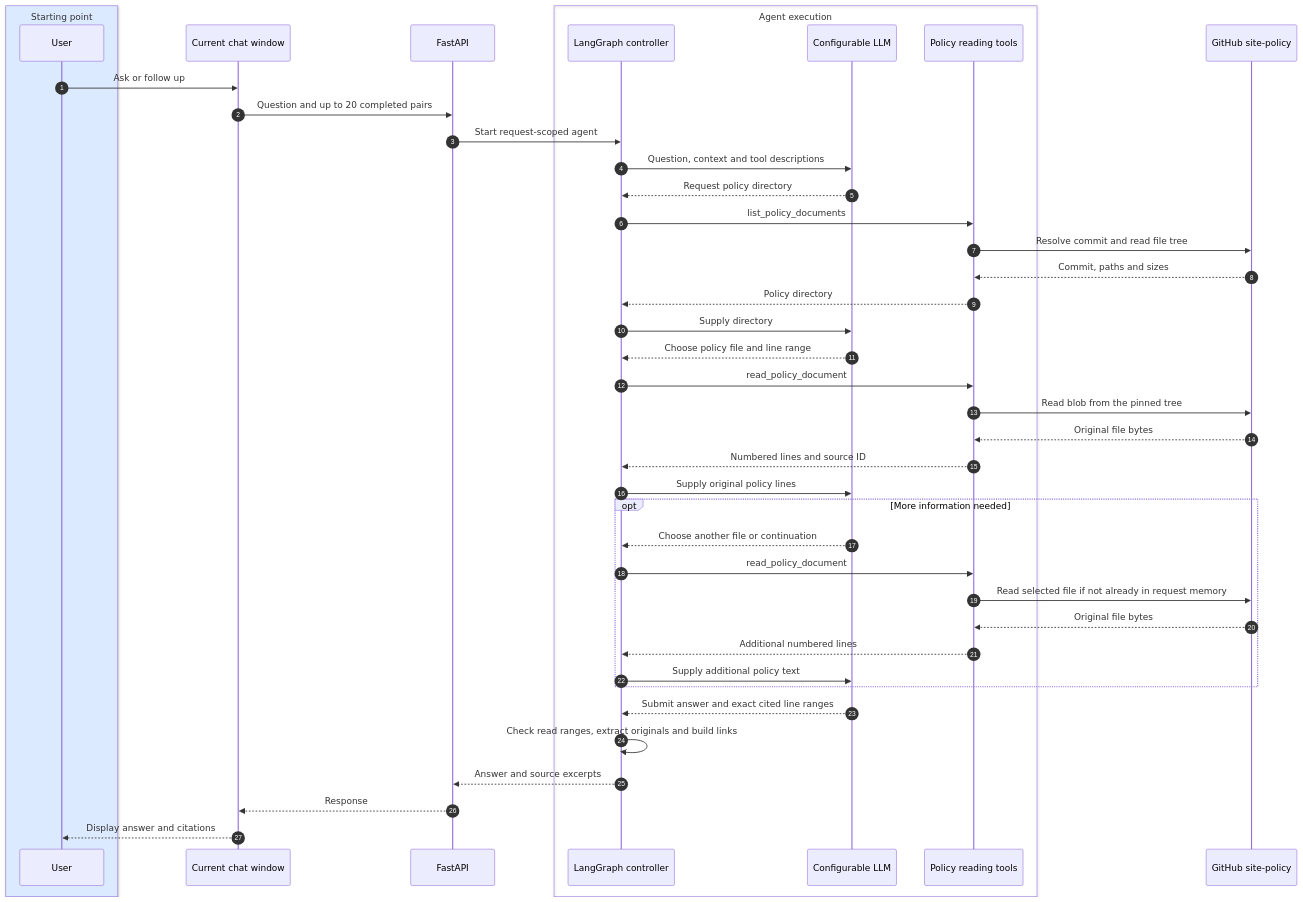
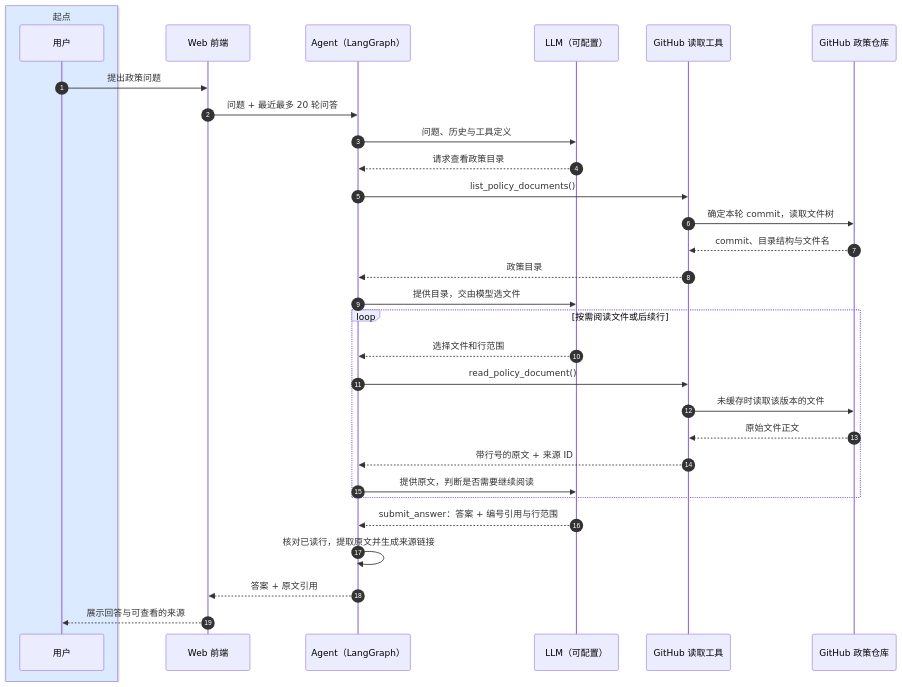
The diagram in docs/ARCHITECTURE.md (adamboots3/gradual-policy-agent), drawn with Mermaid before and after one commit. The commit also changed other lines of this file and 5 other files, not shown here.

Commit message:
Redraw online policy-reading sequence and prepare GitHub handoff

````diff
--- a/docs/ARCHITECTURE.md
+++ b/docs/ARCHITECTURE.md
@@ -9,44 +9,37 @@
 ```mermaid
 sequenceDiagram
     autonumber
-    box rgb(219,234,254) Starting point
-        participant U as User
+    box rgb(219,234,254) 起点
+        participant U as 用户
     end
-    participant W as Current chat window
-    participant B as FastAPI
-    box Agent execution
-        participant A as LangGraph controller
-        participant L as Configurable LLM
-        participant T as Policy reading tools
+    participant W as Web 前端
+    participant A as Agent（LangGraph）
+    participant L as LLM（可配置）
+    participant T as GitHub 读取工具
+    participant G as GitHub 政策仓库
+
+    U->>W: 提出政策问题
+    W->>A: 问题 + 最近最多 20 轮问答
+    A->>L: 问题、历史与工具定义
+
+    L-->>A: 请求查看政策目录
+    A->>T: list_policy_documents()
+    T->>G: 确定本轮 commit，读取文件树
+    G-->>T: commit、目录结构与文件名
+    T-->>A: 政策目录
+    A->>L: 提供目录，交由模型选文件
+
+    loop 按需阅读文件或后续行
+        L-->>A: 选择文件和行范围
+        A->>T: read_policy_document()
+        T->>G: 未缓存时读取该版本的文件
+        G-->>T: 原始文件正文
+        T-->>A: 带行号的原文 + 来源 ID
+        A->>L: 提供原文，判断是否需要继续阅读
     end
-    participant G as GitHub site-policy
-    U->>W: Ask or follow up
-    W->>B: Question and up to 20 completed pairs
-    B->>A: Start request-scoped agent
-    A->>L: Question, context and tool descriptions
-    L-->>A: Request policy directory
-    A->>T: list_policy_documents
-    T->>G: Resolve commit and read file tree
-    G-->>T: Commit, paths and sizes
-    T-->>A: Policy directory
-    A->>L: Supply directory
-    L-->>A: Choose policy file and line range
-    A->>T: read_policy_document
-    T->>G: Read blob from the pinned tree
-    G-->>T: Original file bytes
-    T-->>A: Numbered lines and source ID
-    A->>L: Supply original policy lines
-    opt More information needed
-        L-->>A: Choose another file or continuation
-        A->>T: read_policy_document
-        T->>G: Read selected file if not already in request memory
-        G-->>T: Original file bytes
-        T-->>A: Additional numbered lines
-        A->>L: Supply additional policy text
-    end
-    L-->>A: Submit answer and exact cited line ranges
-    A->>A: Check read ranges, extract originals and build links
-    A-->>B: Answer and source excerpts
-    B-->>W: Response
-    W-->>U: Display answer and citations
+
+    L-->>A: submit_answer：答案 + 编号引用与行范围
+    A->>A: 核对已读行，提取原文并生成来源链接
+    A-->>W: 答案 + 原文引用
+    W-->>U: 展示回答与可查看的来源
 ```
````
